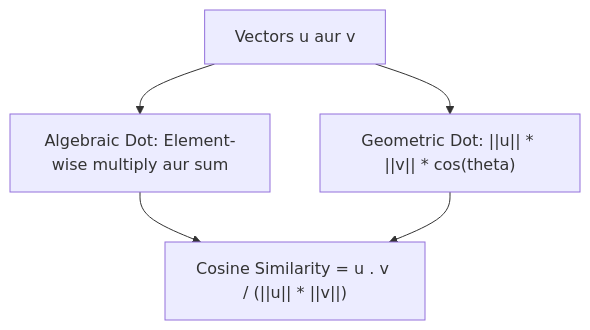
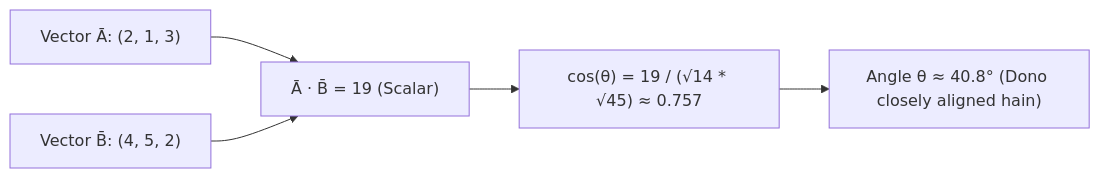
Before and after one commit to S1h2i3v4a/AI_ML: the diagram in lecture_21/Notes_21.10/README_HINGLISH.md, drawn with Mermaid. The commit also changed other lines of this file and 203 other files, not shown here.

Commit message:
docs(lectures 19-21): align notes with video lectures, add blackboard diagrams, clean structured functions, and compile vector PDFs

````diff
--- a/lecture_21/Notes_21.10/README_HINGLISH.md
+++ b/lecture_21/Notes_21.10/README_HINGLISH.md
@@ -15,7 +49,6 @@
 ```mermaid
-flowchart TD
-    A["Vectors u aur v"] --> B["Algebraic Dot: Element-wise multiply aur sum"]
-    A --> C["Geometric Dot: ||u|| * ||v|| * cos(theta)"]
-    B --> D["Cosine Similarity = u . v / (||u|| * ||v||)"]
-    C --> D
+flowchart LR
+    A["Vector Ā: (2, 1, 3)"] & B["Vector B̄: (4, 5, 2)"] --> Dot["Ā · B̄ = 19 (Scalar)"]
+    Dot --> Cos["cos(θ) = 19 / (√14 * √45) ≈ 0.757"]
+    Cos --> Angle["Angle θ ≈ 40.8° (Dono closely aligned hain)"]
 ```
````
